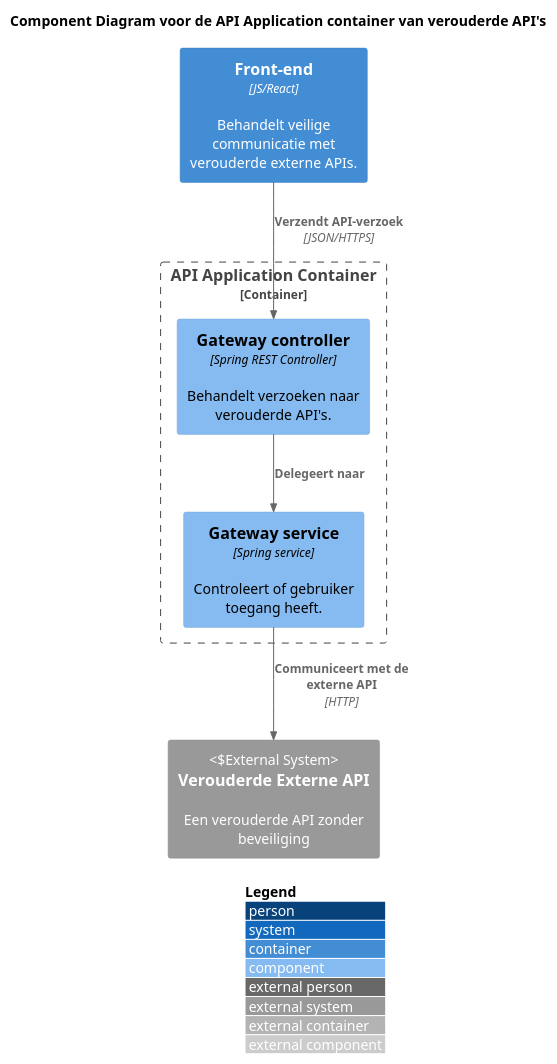
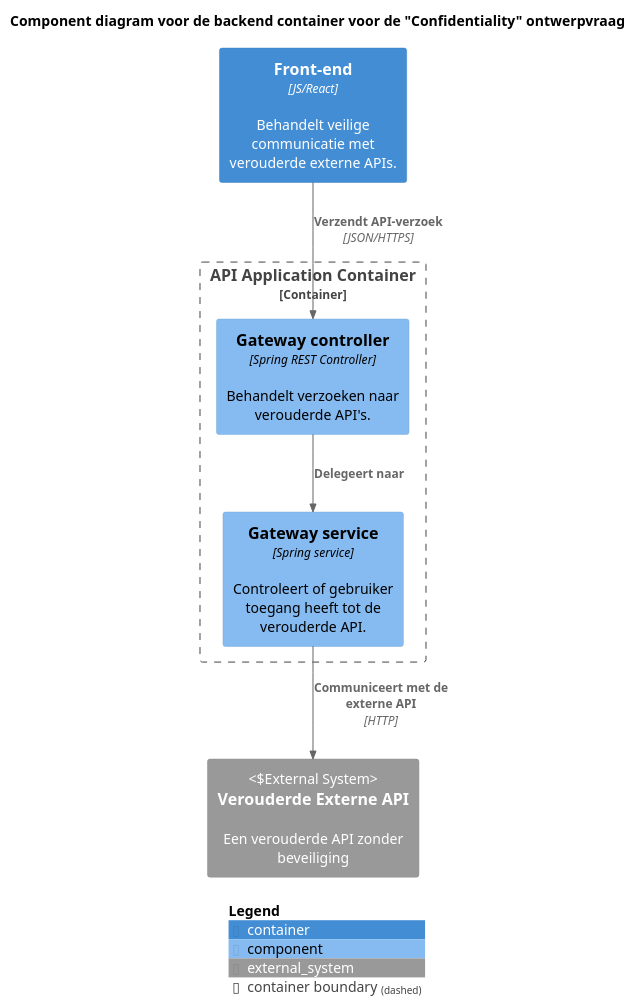
Before and after one commit to AIM-ENE-feb25/triptop-groep-b5: the diagram in week 2/les 3/pressure_cooker/component-diagram/ComponentDiagram.puml, drawn with PlantUML. The commit also changed 16 other files, not shown here.

```diff
--- a/week 2/les 3/pressure_cooker/component-diagram/ComponentDiagram.puml
+++ b/week 2/les 3/pressure_cooker/component-diagram/ComponentDiagram.puml
@@ -1,21 +1,20 @@
 @startuml
 !include https://raw.githubusercontent.com/plantuml-stdlib/C4-PlantUML/master/C4_Component.puml
 
-LAYOUT_WITH_LEGEND()
-
-title Component Diagram voor de API Application container van verouderde API's
+title Component diagram voor de backend container voor de "Confidentiality" ontwerpvraag
 
 Container(webapp, "Front-end", "JS/React", "Behandelt veilige communicatie met verouderde externe APIs.")
 
 Container_Boundary(apiComponents, "API Application Container") {
     Component(controller, "Gateway controller", "Spring REST Controller", "Behandelt verzoeken naar verouderde API's.")
-    Component(service, "Gateway service", "Spring service", "Controleert of gebruiker toegang heeft.")
+    Component(service, "Gateway service", "Spring service", "Controleert of gebruiker toegang heeft tot de verouderde API.")
 }
 
 System_Ext(externalApi, "Verouderde Externe API", "Een verouderde API zonder beveiliging", "External System")
 
 Rel(webapp, controller, "Verzendt API-verzoek", "JSON/HTTPS")
 Rel(controller, service, "Delegeert naar")
 Rel(service, externalApi, "Communiceert met de externe API", "HTTP")
 
+SHOW_LEGEND()
 @enduml
```
